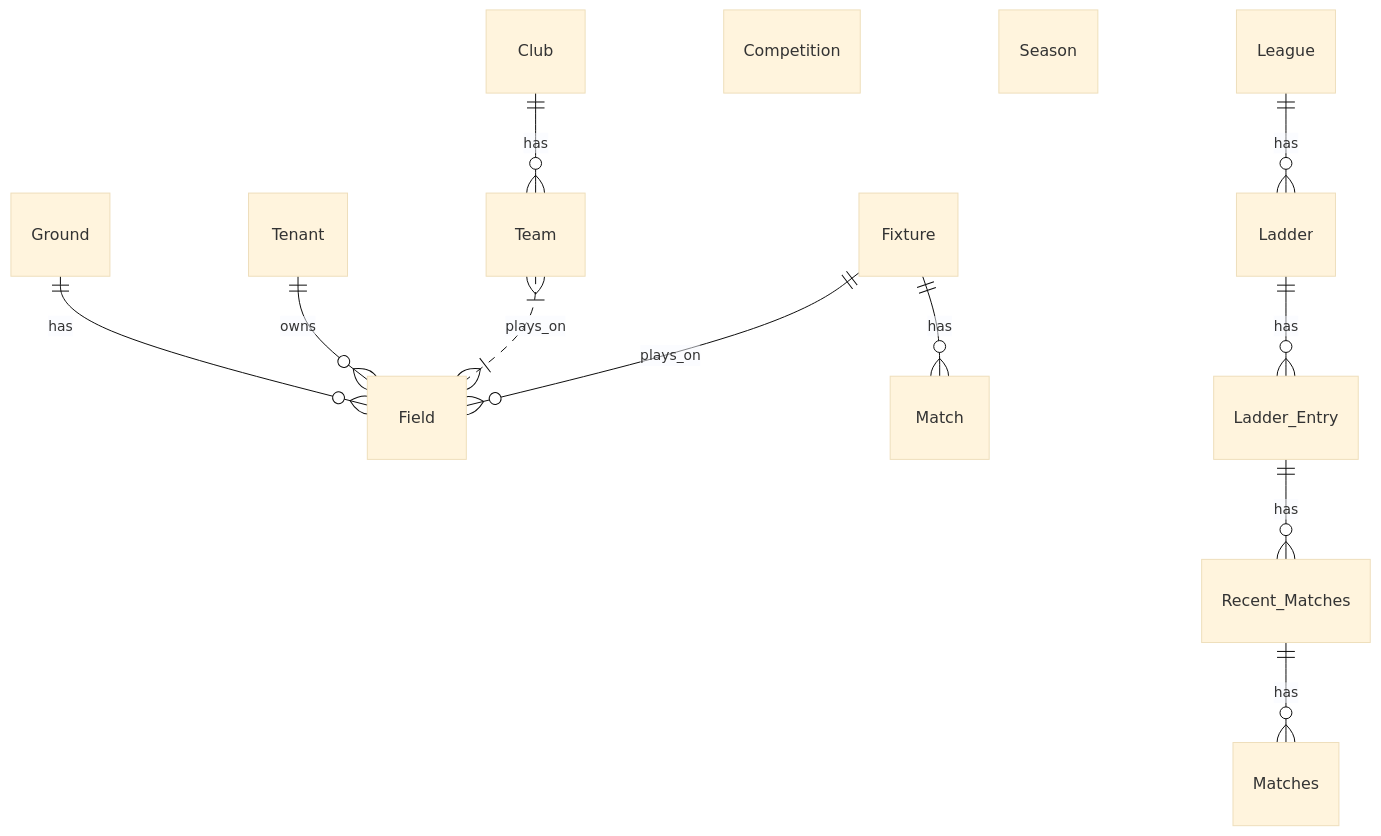
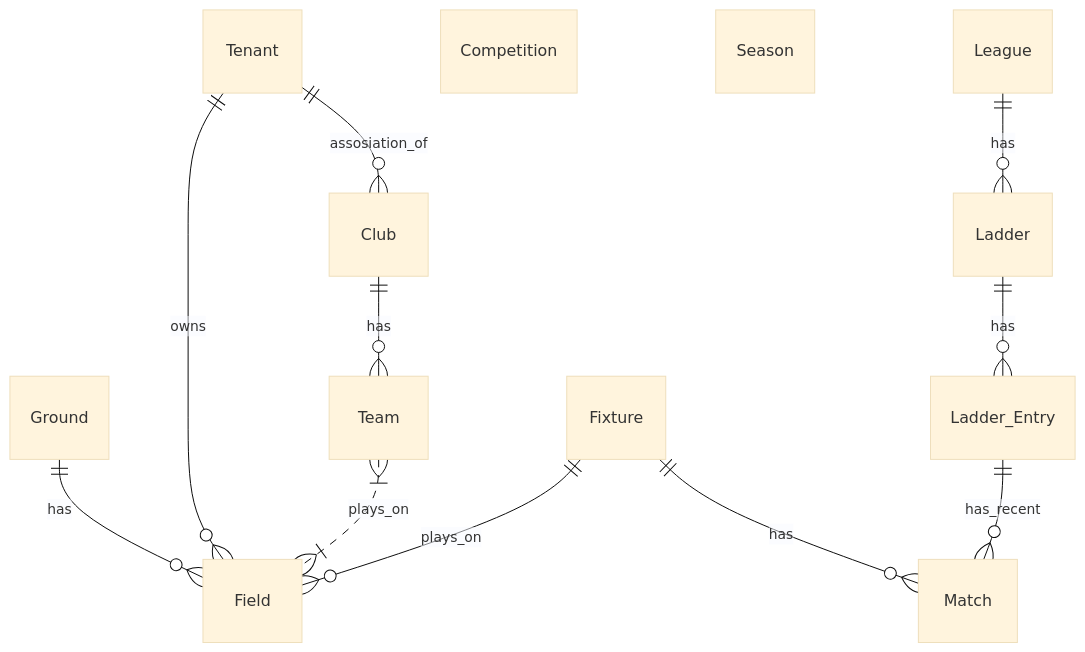
Before and after one commit to Data-Monkey/apidribl: the diagram in README.md, drawn with Mermaid (base theme). The commit also changed 7 other files, not shown here.

Commit message:
Split out all schemas

````diff
--- a/README.md
+++ b/README.md
@@ -11,16 +11,16 @@
 ```mermaid
 erDiagram
     Club ||--o{ Team : has
     Ground ||--o{ Field : has
     Tenant ||--o{ Field : owns
+    Tenant ||--o{ Club  : assosiation_of
     Team }|..|{ Field : plays_on
     Competition
     Season
     League ||--o{ Ladder : has
     Fixture ||--o{ Match : has
     Fixture ||--o{ Field : plays_on
     Ladder ||--o{ Ladder_Entry : has
-    Ladder_Entry ||--o{ Recent_Matches : has
-    Recent_Matches ||--o{ Matches : has
+    Ladder_Entry ||--o{ Match : has_recent
     
 ```
````
